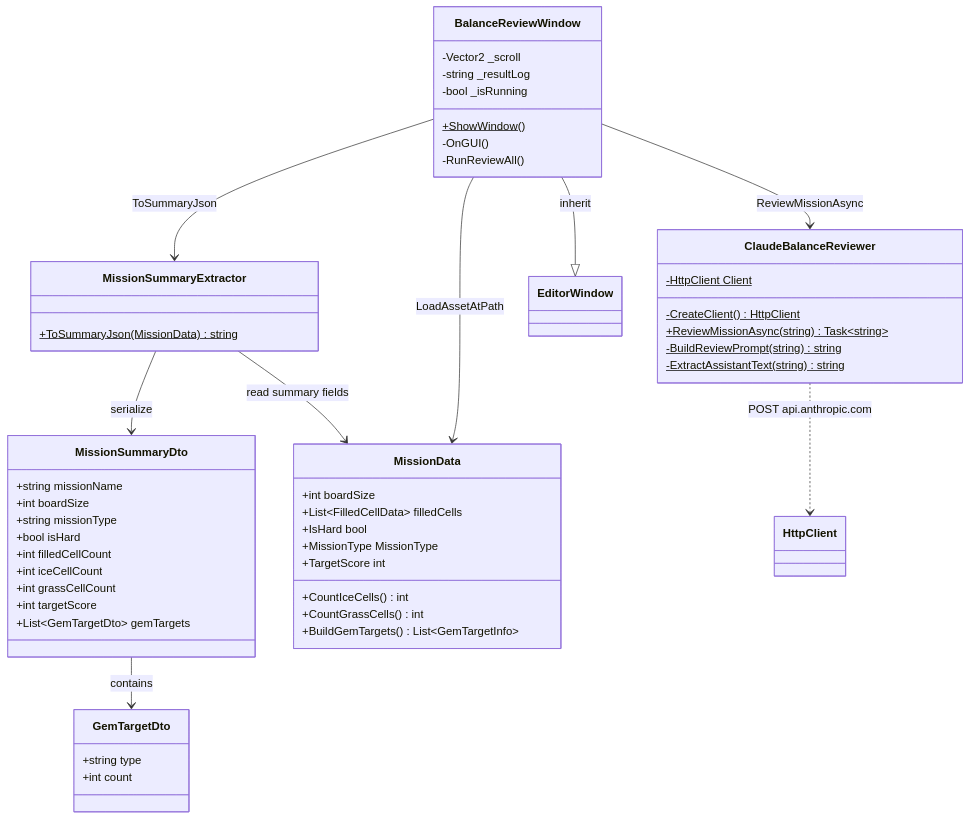
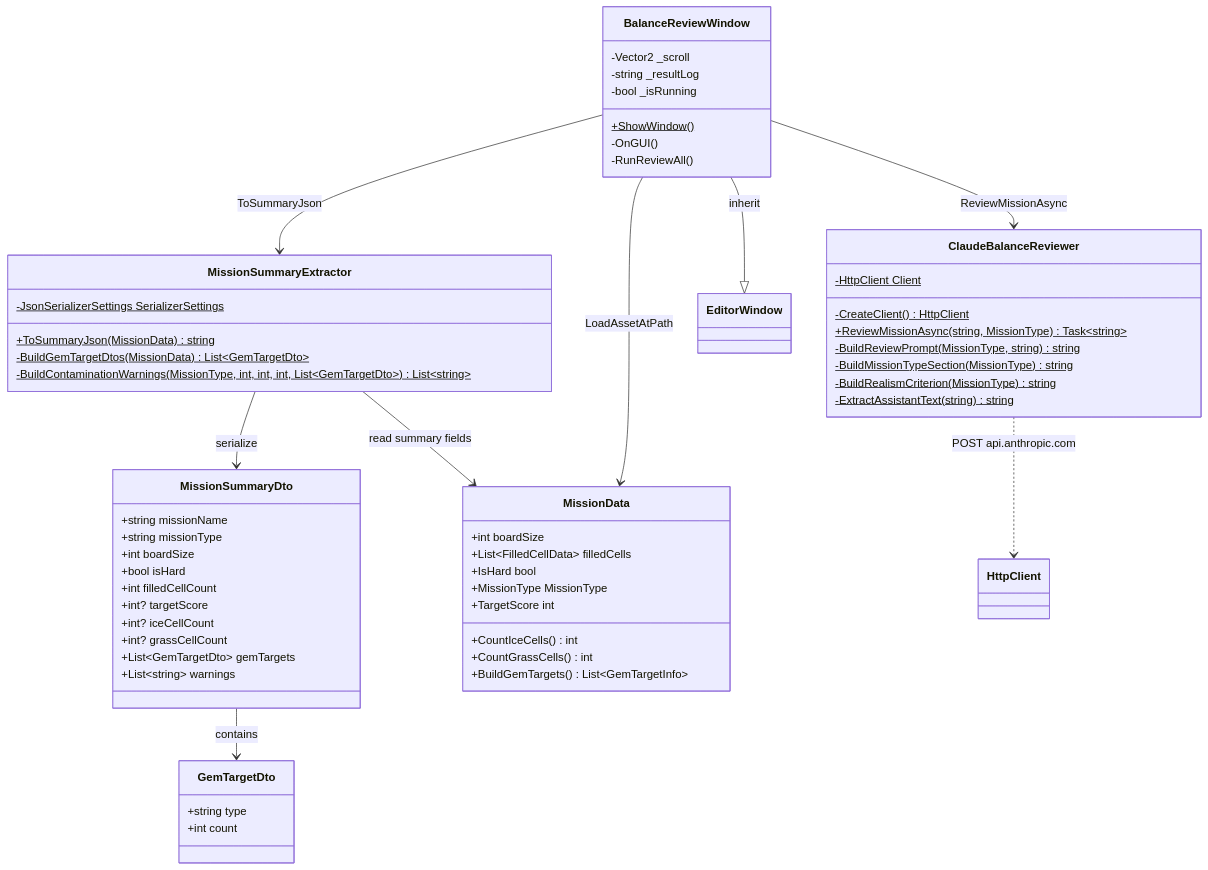
Before and after one commit to chlghksgml01/BlockPuzzle: the second of 2 diagrams in docs/diagrams/ai-balance-review.md, drawn with Mermaid. The commit also changed other lines of this file and 3 other files, not shown here.

````diff
--- a/docs/diagrams/ai-balance-review.md
+++ b/docs/diagrams/ai-balance-review.md
@@ -86,60 +95,66 @@
 ```mermaid
 classDiagram
   class BalanceReviewWindow {
     +ShowWindow()$
     -Vector2 _scroll
     -string _resultLog
     -bool _isRunning
     -OnGUI()
     -RunReviewAll()
   }
 
   class MissionSummaryExtractor {
+    -JsonSerializerSettings SerializerSettings$
     +ToSummaryJson(MissionData)$ string
+    -BuildGemTargetDtos(MissionData)$ List~GemTargetDto~
+    -BuildContaminationWarnings(MissionType, int, int, int, List~GemTargetDto~)$ List~string~
   }
 
   class MissionSummaryDto {
     +string missionName
+    +string missionType
     +int boardSize
-    +string missionType
     +bool isHard
     +int filledCellCount
-    +int iceCellCount
-    +int grassCellCount
-    +int targetScore
+    +int? targetScore
+    +int? iceCellCount
+    +int? grassCellCount
     +List~GemTargetDto~ gemTargets
+    +List~string~ warnings
   }
 
   class GemTargetDto {
     +string type
     +int count
   }
 
   class ClaudeBalanceReviewer {
     -HttpClient Client$
     -CreateClient()$ HttpClient
-    +ReviewMissionAsync(string)$ Task~string~
-    -BuildReviewPrompt(string)$ string
+    +ReviewMissionAsync(string, MissionType)$ Task~string~
+    -BuildReviewPrompt(MissionType, string)$ string
+    -BuildMissionTypeSection(MissionType)$ string
+    -BuildRealismCriterion(MissionType)$ string
     -ExtractAssistantText(string)$ string
   }
 
   class MissionData {
     +int boardSize
     +List~FilledCellData~ filledCells
     +IsHard bool
     +MissionType MissionType
     +TargetScore int
     +CountIceCells() int
     +CountGrassCells() int
     +BuildGemTargets() List~GemTargetInfo~
   }
 
   BalanceReviewWindow --|> EditorWindow : inherit
   BalanceReviewWindow --> MissionSummaryExtractor : ToSummaryJson
   BalanceReviewWindow --> ClaudeBalanceReviewer : ReviewMissionAsync
   BalanceReviewWindow --> MissionData : LoadAssetAtPath
   MissionSummaryExtractor --> MissionSummaryDto : serialize
   MissionSummaryExtractor --> MissionData : read summary fields
   MissionSummaryDto --> GemTargetDto : contains
   ClaudeBalanceReviewer ..> HttpClient : POST api.anthropic.com
 ```
````
